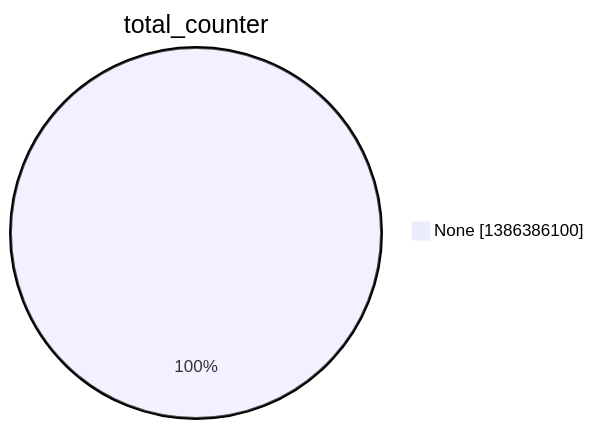
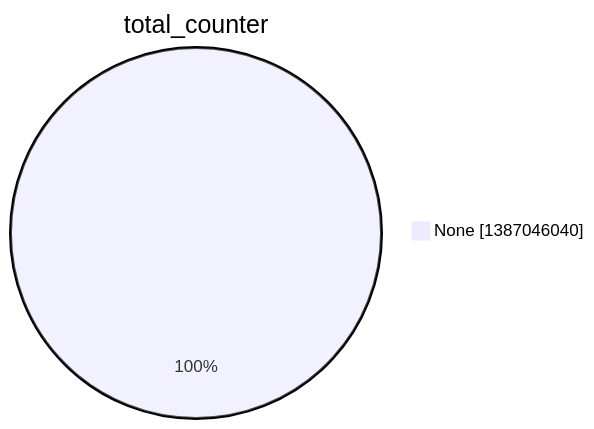
Before and after one commit to christiankrug/ctmonitor_visualization: the second of 15 diagrams in argon2022/README.md, drawn with Mermaid. The commit also changed other lines of this file, not shown here.

````diff
--- a/argon2022/README.md
+++ b/argon2022/README.md
@@ -9,5 +9,5 @@
 ```mermaid
 pie showData
 title total_counter
-"None" :1386386100
+"None" :1387046040
 ```
````
